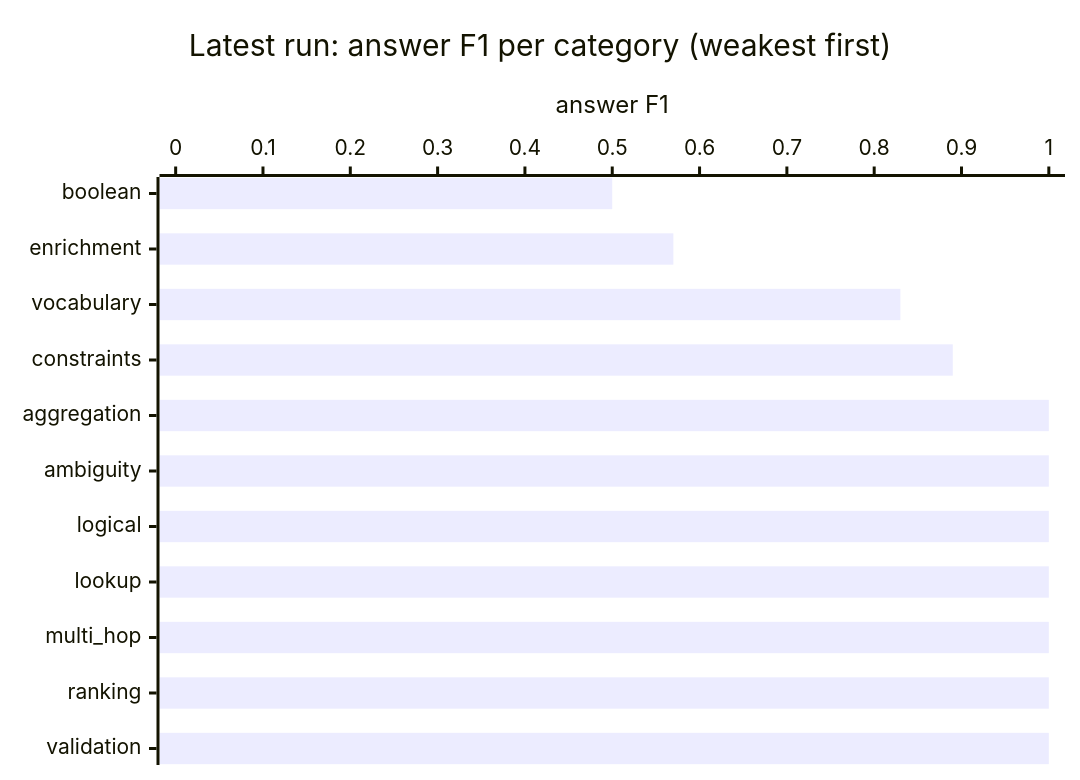
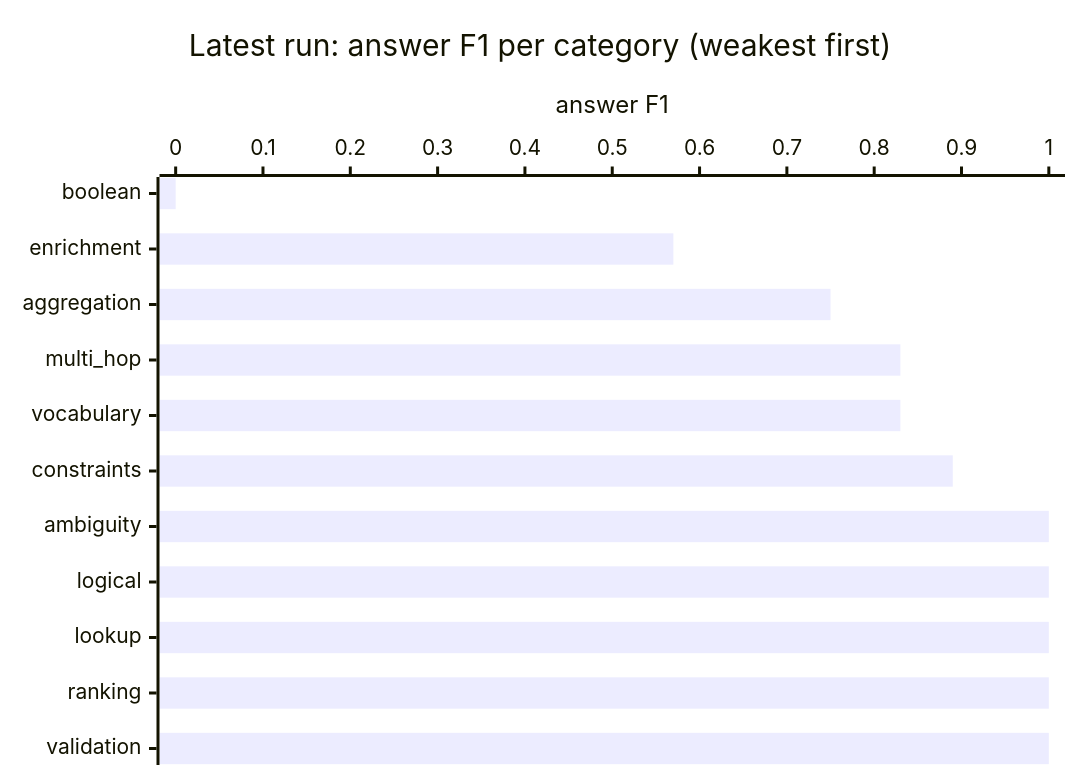
One commit to megagonlabs/blue-data-kb-source changed the second of 2 diagrams in lib/tests/benchmarks/querying/results/README.md. Above: the diagram before and after it, drawn with Mermaid. The commit also changed other lines of this file and 5 other files, not shown here.

````diff
--- a/lib/tests/benchmarks/querying/results/README.md
+++ b/lib/tests/benchmarks/querying/results/README.md
@@ -43,7 +43,7 @@
 ```mermaid
 xychart-beta horizontal
     title "Latest run: answer F1 per category (weakest first)"
-    x-axis ["boolean", "enrichment", "vocabulary", "constraints", "aggregation", "ambiguity", "logical", "lookup", "multi_hop", "ranking", "validation"]
+    x-axis ["boolean", "enrichment", "aggregation", "multi_hop", "vocabulary", "constraints", "ambiguity", "logical", "lookup", "ranking", "validation"]
     y-axis "answer F1" 0 --> 1
-    bar [0.50, 0.57, 0.83, 0.89, 1.00, 1.00, 1.00, 1.00, 1.00, 1.00, 1.00]
+    bar [0.00, 0.57, 0.75, 0.83, 0.83, 0.89, 1.00, 1.00, 1.00, 1.00, 1.00]
 ```
````
